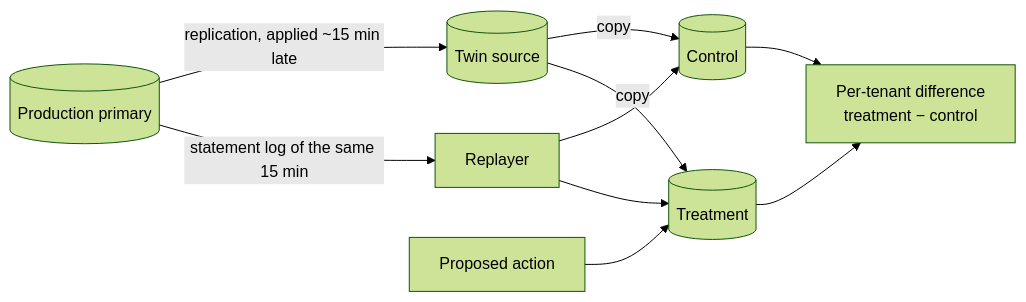
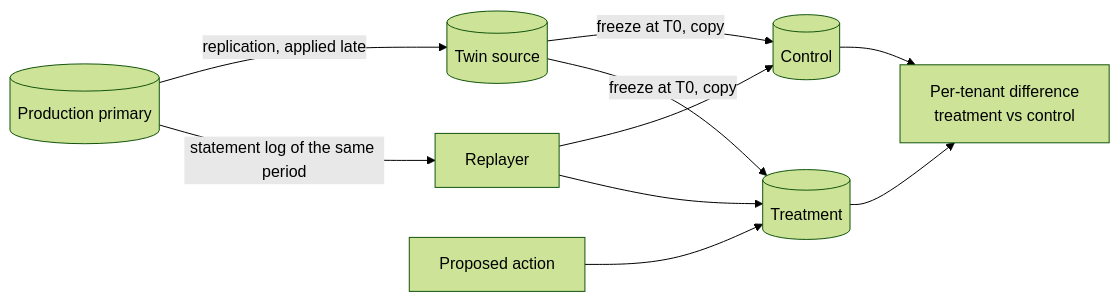
One commit to sandhiyaa031/Multi-tenant-Cloud-Platform changed the seventh of 8 diagrams in README.md. Above: the diagram before and after it, drawn with Mermaid (forest theme). The commit also changed other lines of this file and 10 other files, not shown here.

````diff
--- a/README.md
+++ b/README.md
@@ -373,12 +404,12 @@
 ```mermaid
 flowchart LR
-    PRI[(Production primary)] -- "replication, applied ~15 min late" --> TS[(Twin source)]
-    PRI -- "statement log of the same 15 min" --> RP[Replayer]
-    TS -- copy --> C[(Control)]
-    TS -- copy --> T[(Treatment)]
+    PRI[(Production primary)] -- "replication, applied late" --> TS[(Twin source)]
+    PRI -- "statement log of the same period" --> RP[Replayer]
+    TS -- "freeze at T0, copy" --> C[(Control)]
+    TS -- "freeze at T0, copy" --> T[(Treatment)]
     ACT[Proposed action] --> T
     RP --> C
     RP --> T
-    C --> M["Per-tenant difference<br/>treatment − control"]
+    C --> M["Per-tenant difference<br/>treatment vs control"]
     T --> M
 ```
````
